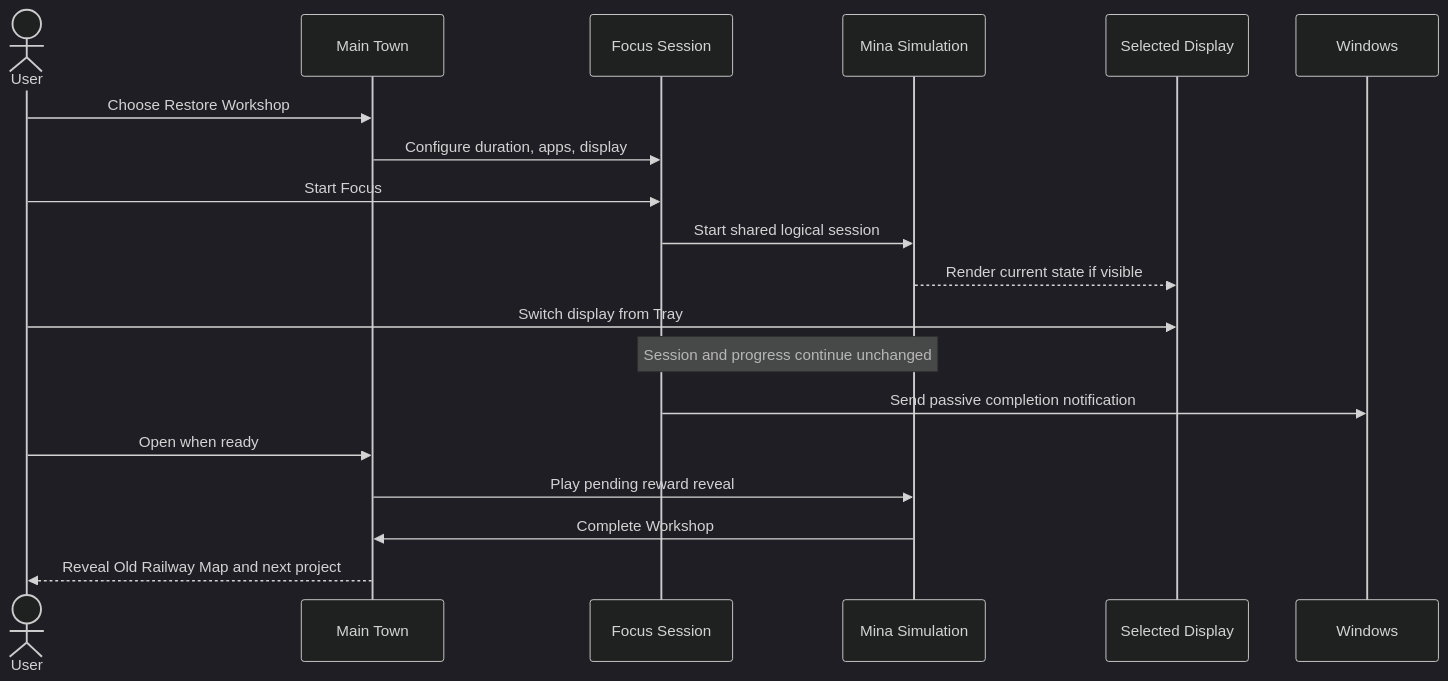
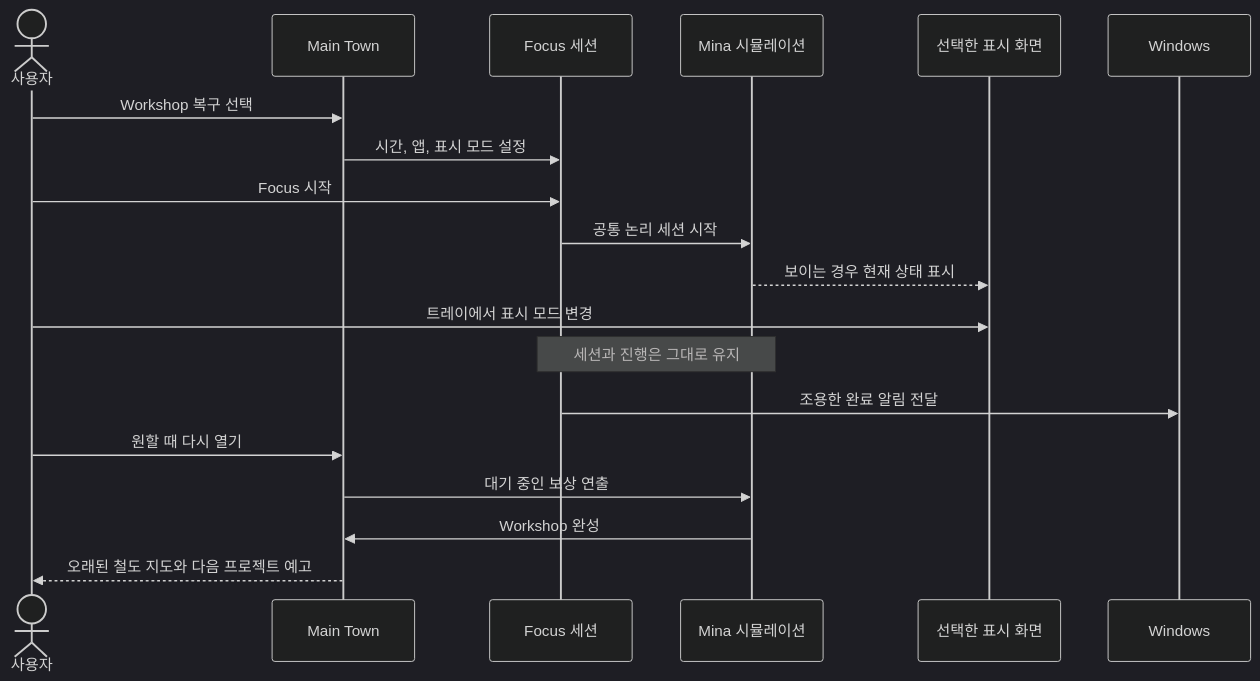
The second of 3 diagrams in docs/design/UX_FLOW.md (Seunghyun0606/desktown), drawn with Mermaid (dark theme) before and after one commit. The commit also changed other lines of this file and 5 other files, not shown here.

````diff
--- a/docs/design/UX_FLOW.md
+++ b/docs/design/UX_FLOW.md
@@ -54,22 +46,22 @@
 ```mermaid
 sequenceDiagram
-    actor User
+    actor User as 사용자
     participant Town as Main Town
-    participant Focus as Focus Session
-    participant Mina as Mina Simulation
-    participant View as Selected Display
+    participant Focus as Focus 세션
+    participant Mina as Mina 시뮬레이션
+    participant View as 선택한 표시 화면
     participant OS as Windows
 
-    User->>Town: Choose Restore Workshop
-    Town->>Focus: Configure duration, apps, display
-    User->>Focus: Start Focus
-    Focus->>Mina: Start shared logical session
-    Mina-->>View: Render current state if visible
-    User->>View: Switch display from Tray
-    Note over Focus,Mina: Session and progress continue unchanged
-    Focus->>OS: Send passive completion notification
-    User->>Town: Open when ready
-    Town->>Mina: Play pending reward reveal
-    Mina->>Town: Complete Workshop
-    Town-->>User: Reveal Old Railway Map and next project
+    User->>Town: Workshop 복구 선택
+    Town->>Focus: 시간, 앱, 표시 모드 설정
+    User->>Focus: Focus 시작
+    Focus->>Mina: 공통 논리 세션 시작
+    Mina-->>View: 보이는 경우 현재 상태 표시
+    User->>View: 트레이에서 표시 모드 변경
+    Note over Focus,Mina: 세션과 진행은 그대로 유지
+    Focus->>OS: 조용한 완료 알림 전달
+    User->>Town: 원할 때 다시 열기
+    Town->>Mina: 대기 중인 보상 연출
+    Mina->>Town: Workshop 완성
+    Town-->>User: 오래된 철도 지도와 다음 프로젝트 예고
 ```
````
